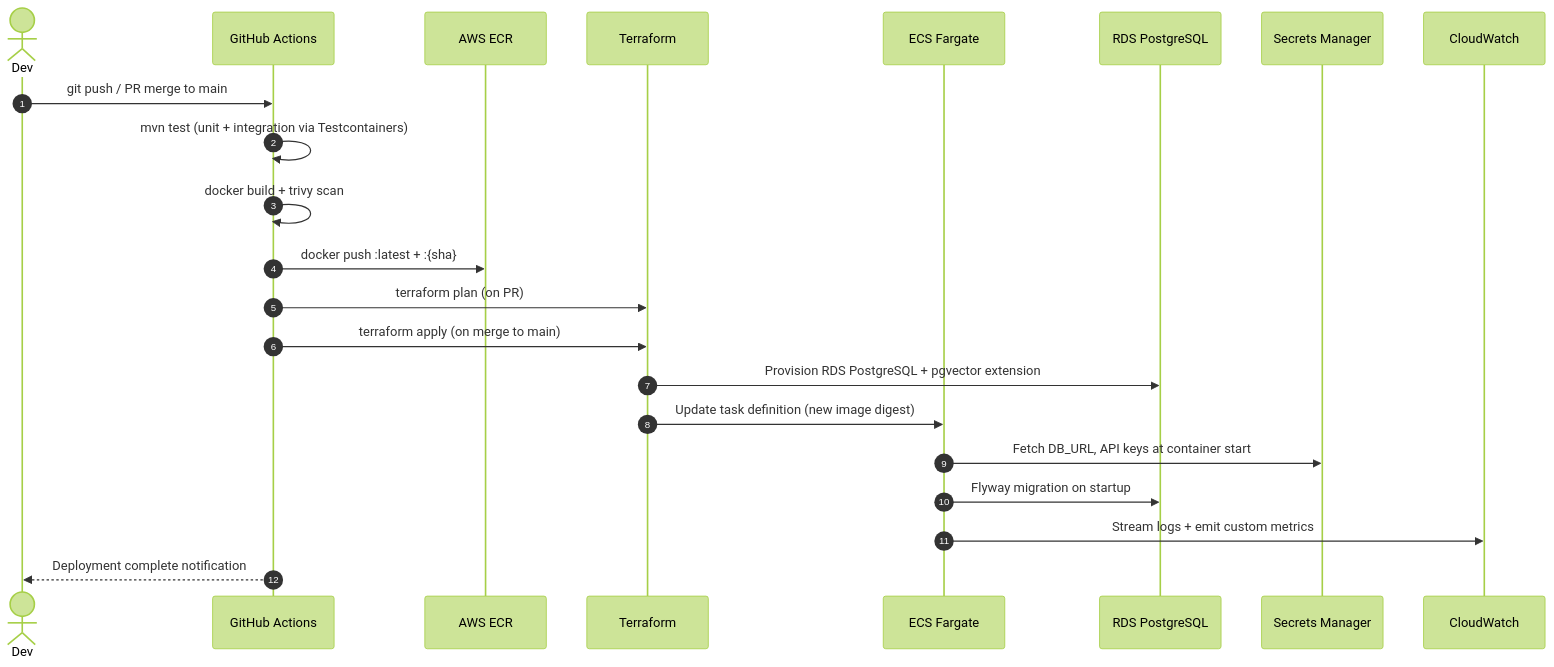
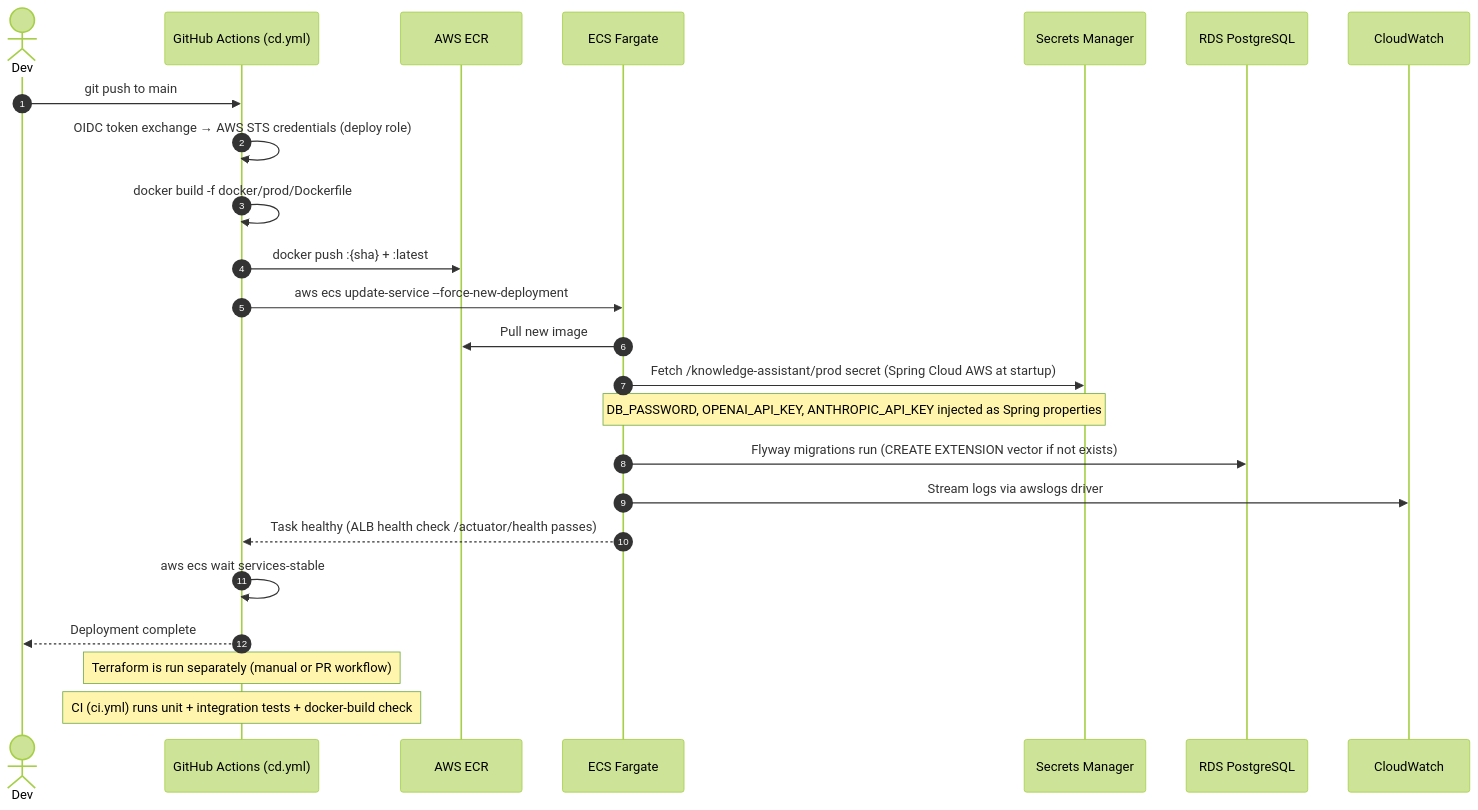
One commit to hishamaborob/knowledge-assistant changed the sixth of 8 diagrams in docs/architecture/ARCHITECTURE.md. Above: the diagram before and after it, drawn with Mermaid (forest theme). The commit also changed other lines of this file and 43 other files, not shown here.

First line of the commit message:
feat: Phase 8 — AWS deployment (Dockerfile, Terraform, Spring Cloud AWS Secrets Manager)

````diff
--- a/docs/architecture/ARCHITECTURE.md
+++ b/docs/architecture/ARCHITECTURE.md
@@ -245,25 +245,28 @@
 ```mermaid
 sequenceDiagram
     autonumber
     actor Dev
-    participant GH as GitHub Actions
+    participant GH as GitHub Actions (cd.yml)
     participant ECR as AWS ECR
-    participant TF as Terraform
     participant ECS as ECS Fargate
+    participant SM as Secrets Manager
     participant RDS as RDS PostgreSQL
-    participant SM as Secrets Manager
     participant CW as CloudWatch
 
-    Dev->>GH: git push / PR merge to main
-    GH->>GH: mvn test (unit + integration via Testcontainers)
-    GH->>GH: docker build + trivy scan
-    GH->>ECR: docker push :latest + :{sha}
-    GH->>TF: terraform plan (on PR)
-    GH->>TF: terraform apply (on merge to main)
-    TF->>RDS: Provision RDS PostgreSQL + pgvector extension
-    TF->>ECS: Update task definition (new image digest)
-    ECS->>SM: Fetch DB_URL, API keys at container start
-    ECS->>RDS: Flyway migration on startup
-    ECS->>CW: Stream logs + emit custom metrics
-    GH-->>Dev: Deployment complete notification
+    Dev->>GH: git push to main
+    GH->>GH: OIDC token exchange → AWS STS credentials (deploy role)
+    GH->>GH: docker build -f docker/prod/Dockerfile
+    GH->>ECR: docker push :{sha} + :latest
+    GH->>ECS: aws ecs update-service --force-new-deployment
+    ECS->>ECR: Pull new image
+    ECS->>SM: Fetch /knowledge-assistant/prod secret (Spring Cloud AWS at startup)
+    Note over ECS,SM: DB_PASSWORD, OPENAI_API_KEY, ANTHROPIC_API_KEY injected as Spring properties
+    ECS->>RDS: Flyway migrations run (CREATE EXTENSION vector if not exists)
+    ECS->>CW: Stream logs via awslogs driver
+    ECS-->>GH: Task healthy (ALB health check /actuator/health passes)
+    GH->>GH: aws ecs wait services-stable
+    GH-->>Dev: Deployment complete
+
+    Note over GH: Terraform is run separately (manual or PR workflow)
+    Note over GH: CI (ci.yml) runs unit + integration tests + docker-build check
 ```
````
